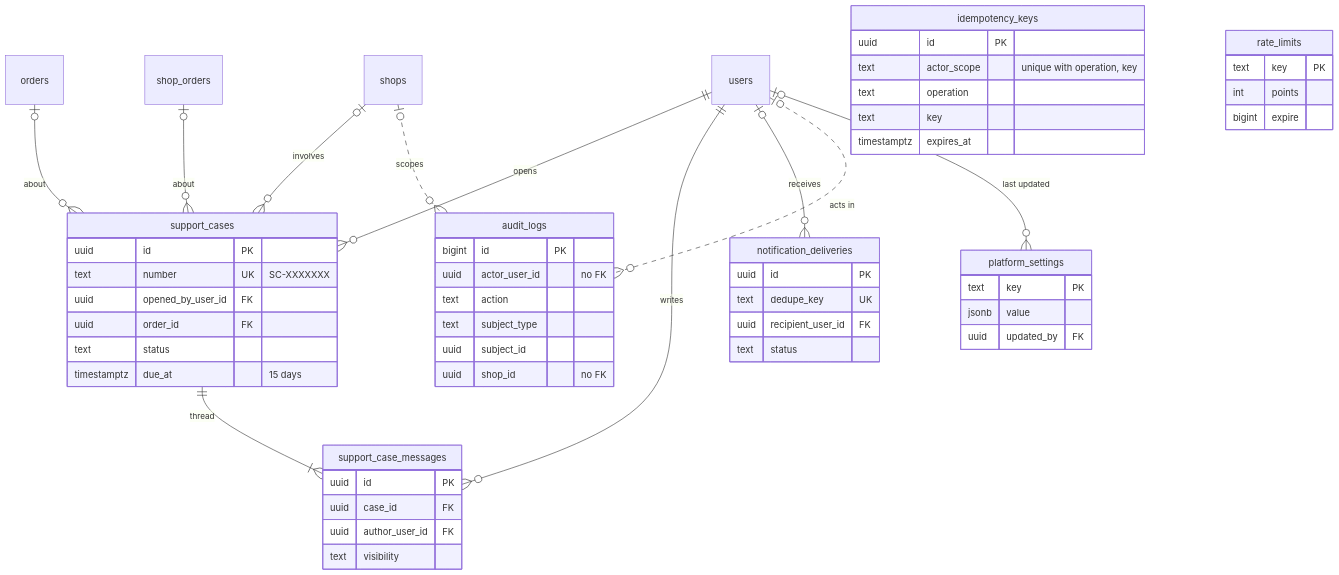
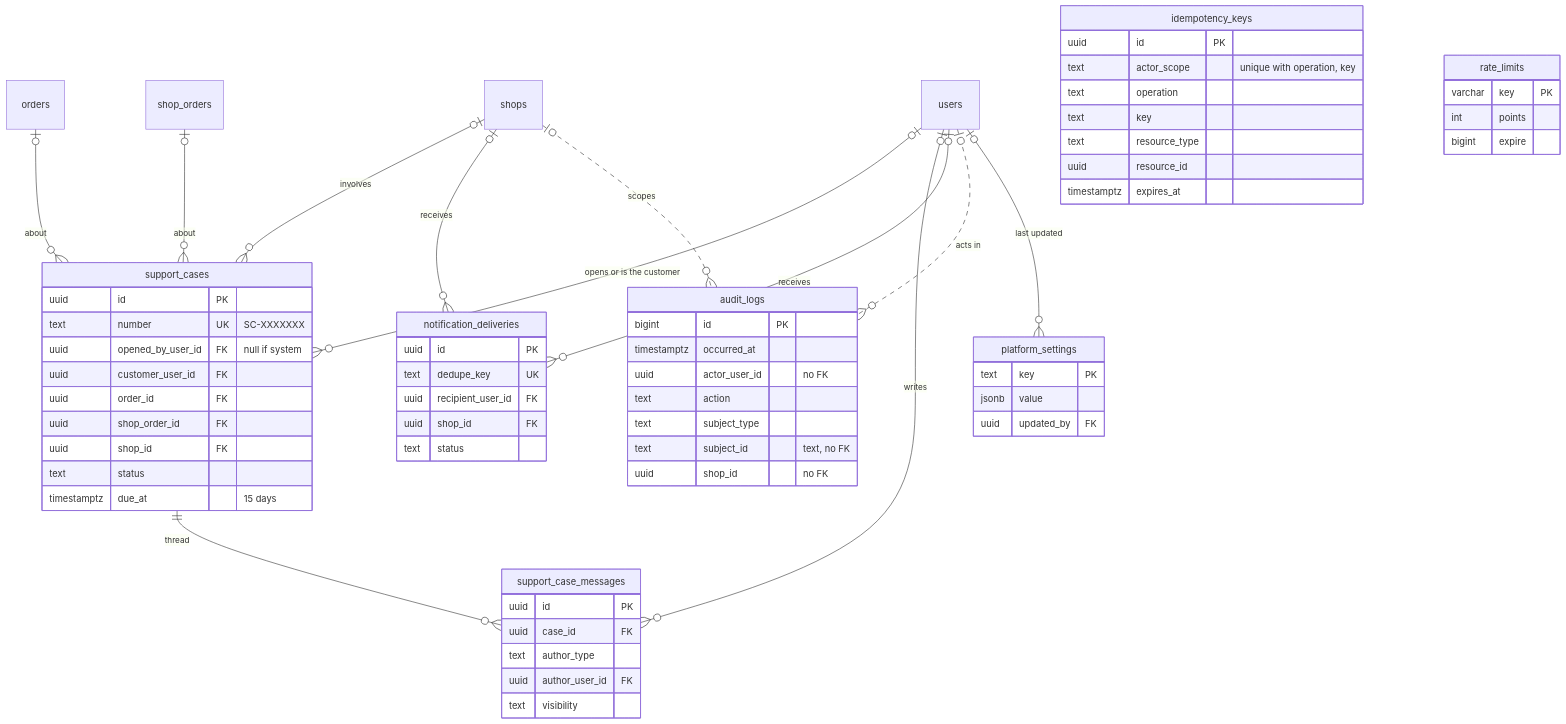
Before and after one commit to harublank0-0/drip-nepal: the sixth of 8 diagrams in docs/04-domain-model-and-data-dictionary.md, drawn with Mermaid. The commit also changed other lines of this file, not shown here.

````diff
--- a/docs/04-domain-model-and-data-dictionary.md
+++ b/docs/04-domain-model-and-data-dictionary.md
@@ -955,58 +996,67 @@
 ```mermaid
 erDiagram
-  users ||--o{ support_cases : "opens"
+  users |o--o{ support_cases : "opens or is the customer"
   orders |o--o{ support_cases : "about"
   shop_orders |o--o{ support_cases : "about"
   shops |o--o{ support_cases : "involves"
-  support_cases ||--|{ support_case_messages : "thread"
-  users ||--o{ support_case_messages : "writes"
+  support_cases ||--o{ support_case_messages : "thread"
+  users |o--o{ support_case_messages : "writes"
   users |o--o{ notification_deliveries : "receives"
+  shops |o--o{ notification_deliveries : "receives"
   users |o..o{ audit_logs : "acts in"
   shops |o..o{ audit_logs : "scopes"
   users |o--o{ platform_settings : "last updated"
   platform_settings {
     text key PK
     jsonb value
     uuid updated_by FK
   }
   idempotency_keys {
     uuid id PK
     text actor_scope "unique with operation, key"
     text operation
     text key
+    text resource_type
+    uuid resource_id
     timestamptz expires_at
   }
   support_cases {
     uuid id PK
     text number UK "SC-XXXXXXX"
-    uuid opened_by_user_id FK
+    uuid opened_by_user_id FK "null if system"
+    uuid customer_user_id FK
     uuid order_id FK
+    uuid shop_order_id FK
+    uuid shop_id FK
     text status
     timestamptz due_at "15 days"
   }
   support_case_messages {
     uuid id PK
     uuid case_id FK
+    text author_type
     uuid author_user_id FK
     text visibility
   }
   notification_deliveries {
     uuid id PK
     text dedupe_key UK
     uuid recipient_user_id FK
+    uuid shop_id FK
     text status
   }
   audit_logs {
     bigint id PK
+    timestamptz occurred_at
     uuid actor_user_id "no FK"
     text action
     text subject_type
-    uuid subject_id
+    text subject_id "text, no FK"
     uuid shop_id "no FK"
   }
   rate_limits {
-    text key PK
+    varchar key PK
     int points
     bigint expire
   }
 ```
````
